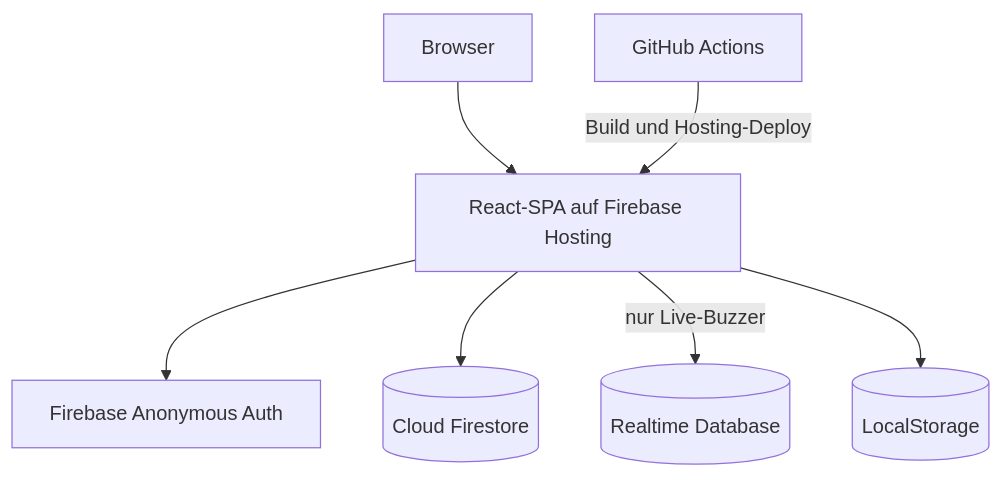
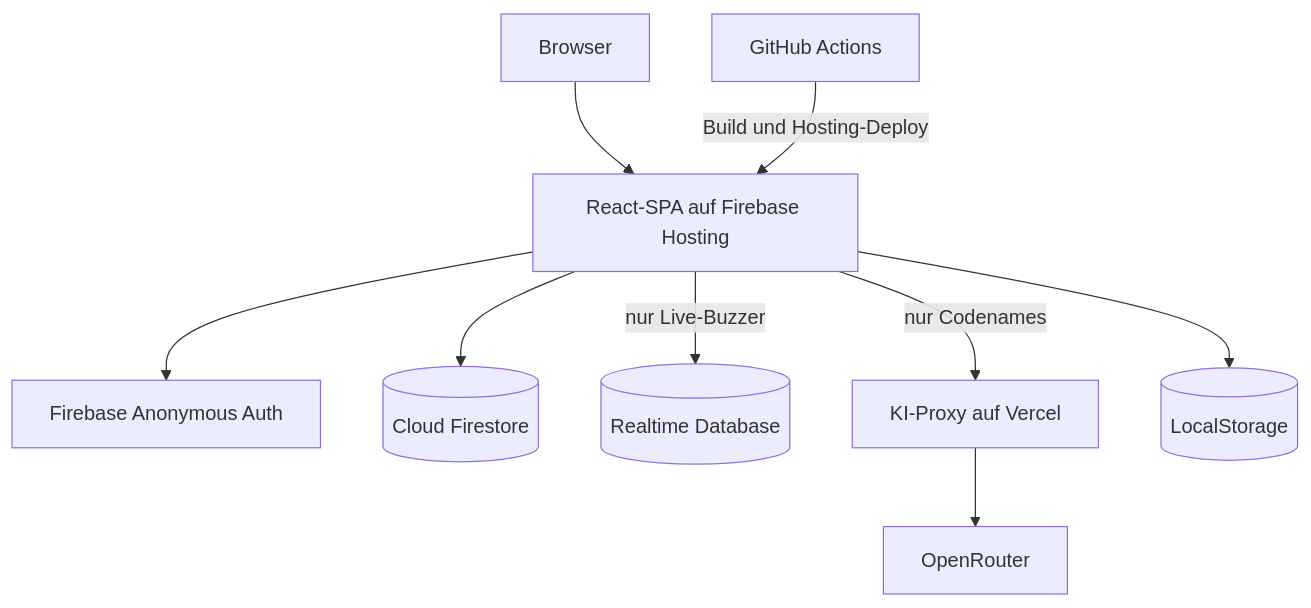
One commit to Betogora/BengtsToolBox changed the first of 2 diagrams in docs/specs.md. Above: the diagram before and after it, drawn with Mermaid. The commit also changed other lines of this file and 45 other files, not shown here.

First line of the commit message:
feat: Codenames mit KI-Hinweisgeber über Vercel-Proxy (#5)

````diff
--- a/docs/specs.md
+++ b/docs/specs.md
@@ -517,9 +529,11 @@
 ```mermaid
 flowchart TB
   B["Browser"] --> SPA["React-SPA auf Firebase Hosting"]
   SPA --> AUTH["Firebase Anonymous Auth"]
   SPA --> DB[("Cloud Firestore")]
   SPA -->|"nur Live-Buzzer"| RTDB[("Realtime Database")]
+  SPA -->|"nur Codenames"| KI["KI-Proxy auf Vercel"]
+  KI --> OR["OpenRouter"]
   SPA --> LS[("LocalStorage")]
   GH["GitHub Actions"] -->|"Build und Hosting-Deploy"| SPA
 ```
````
